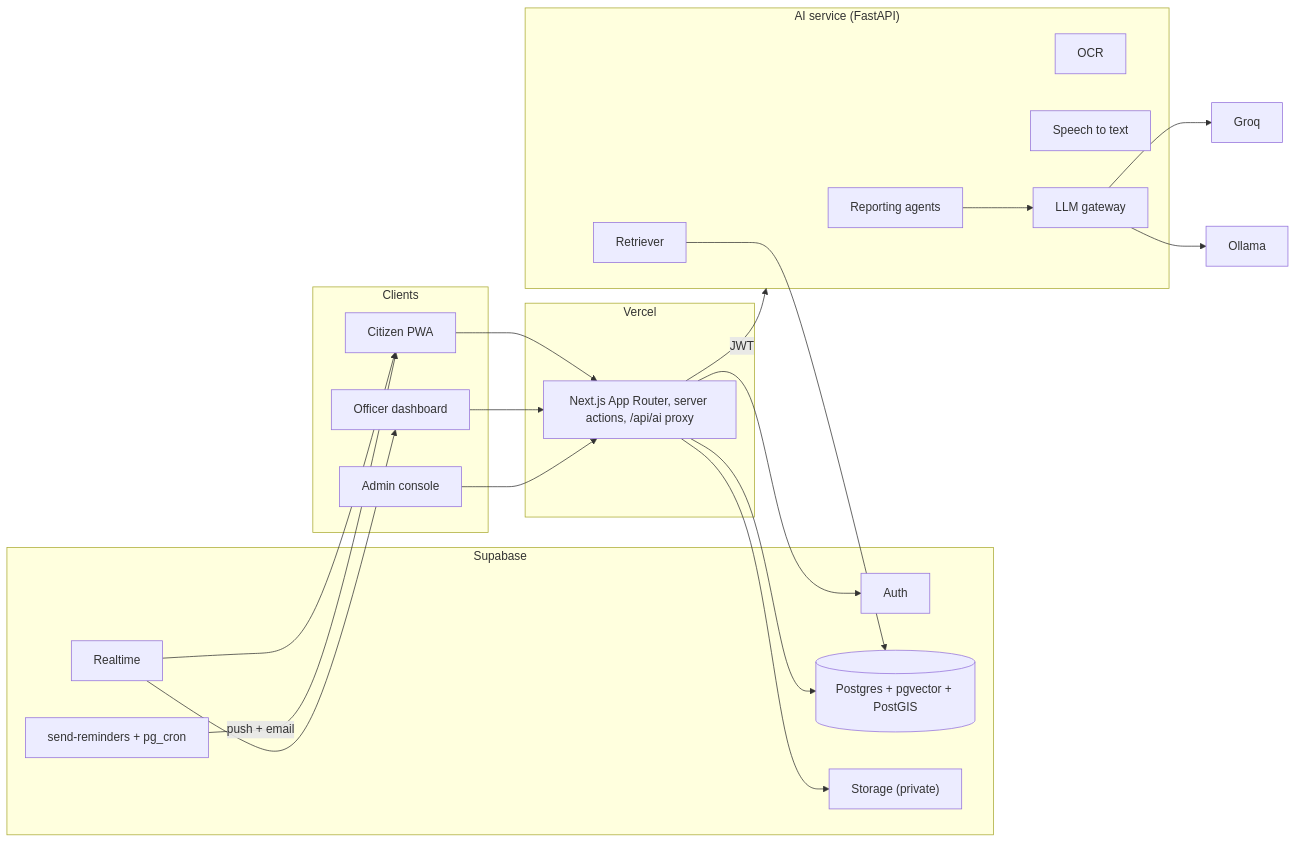
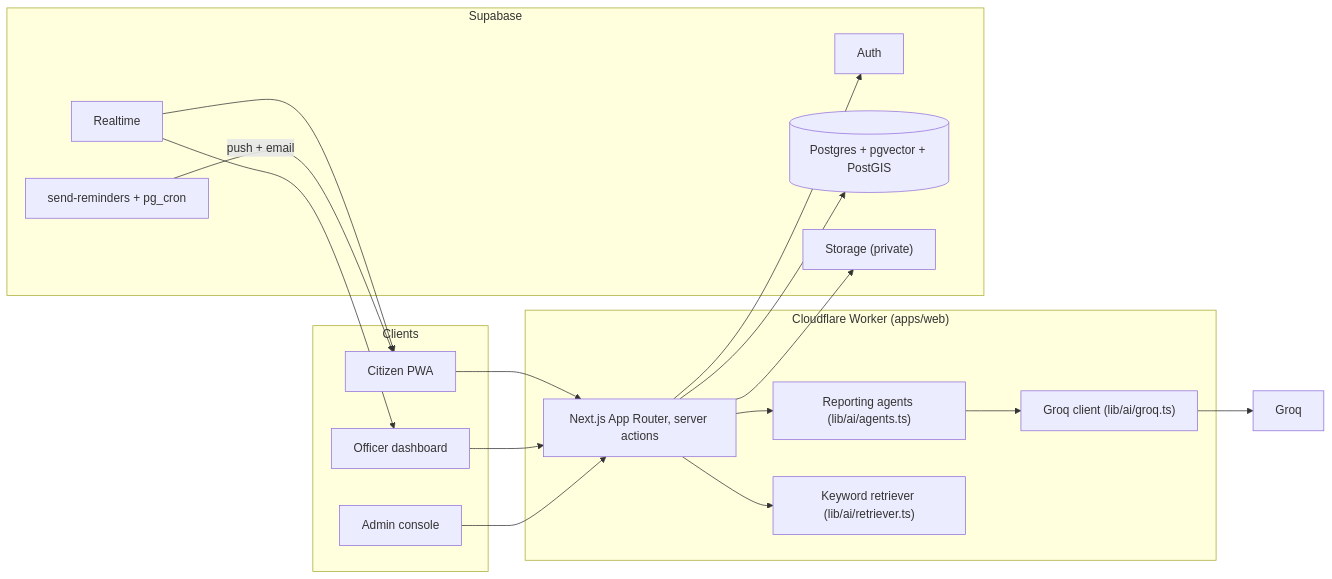
Before and after one commit to kushagra486/Janseva-Ai: the diagram in docs/architecture.md, drawn with Mermaid. The commit also changed other lines of this file and 110 other files, not shown here.

````diff
--- a/docs/architecture.md
+++ b/docs/architecture.md
@@ -3,33 +3,28 @@
 ```mermaid
 flowchart LR
   subgraph Clients
     C1["Citizen PWA"]
     C2["Officer dashboard"]
     C3["Admin console"]
   end
-  subgraph Vercel
-    W["Next.js App Router, server actions, /api/ai proxy"]
+  subgraph CF["Cloudflare Worker (apps/web)"]
+    W["Next.js App Router, server actions"]
+    AG["Reporting agents (lib/ai/agents.ts)"]
+    RAG["Keyword retriever (lib/ai/retriever.ts)"]
+    G["Groq client (lib/ai/groq.ts)"]
   end
   subgraph Supabase
     A["Auth"]
     DB[("Postgres + pgvector + PostGIS")]
     S["Storage (private)"]
     RT["Realtime"]
     EF["send-reminders + pg_cron"]
   end
-  subgraph AI["AI service (FastAPI)"]
-    AG["Reporting agents"]
-    OCR["OCR"]
-    STT["Speech to text"]
-    RAG["Retriever"]
-    G["LLM gateway"]
-  end
   C1 & C2 & C3 --> W
   W --> A & DB & S
-  W -->|"JWT"| AI
+  W --> AG & RAG
   AG --> G
-  RAG --> DB
-  G --> Groq & Ollama
+  G --> Groq
   RT --> C1 & C2
   EF -->|"push + email"| C1
 ```
````
